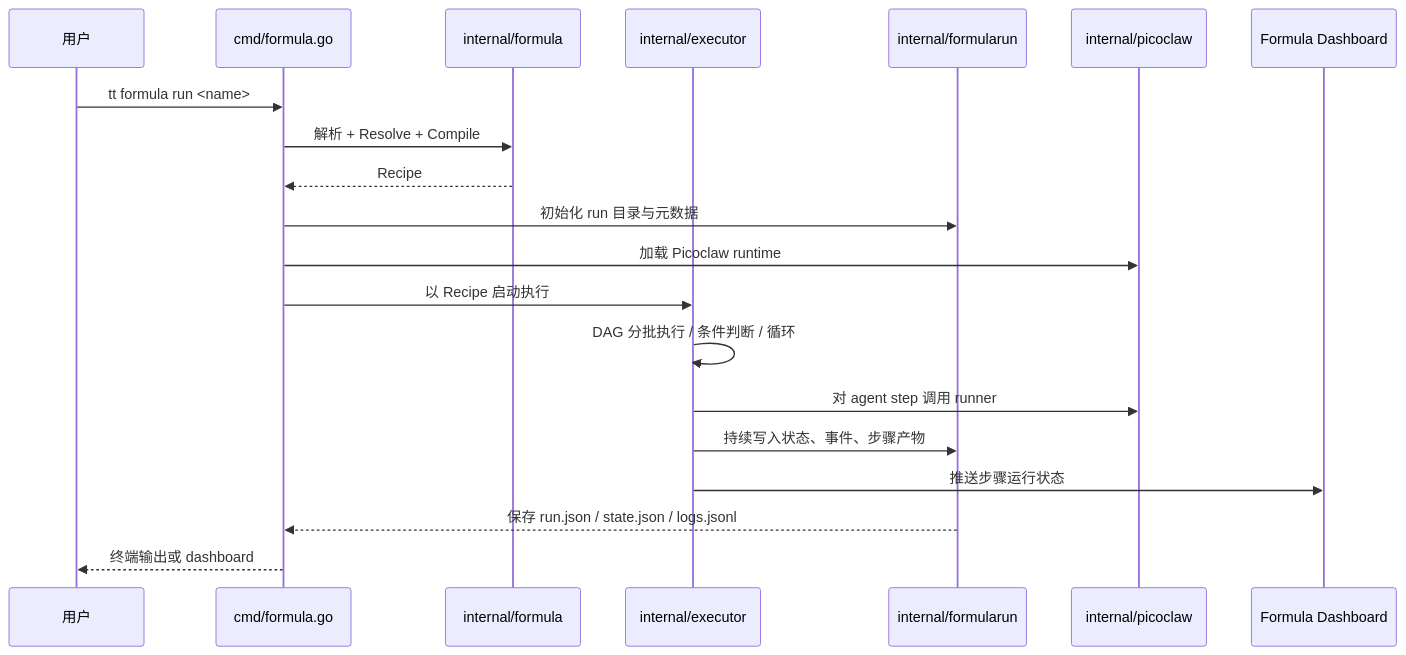
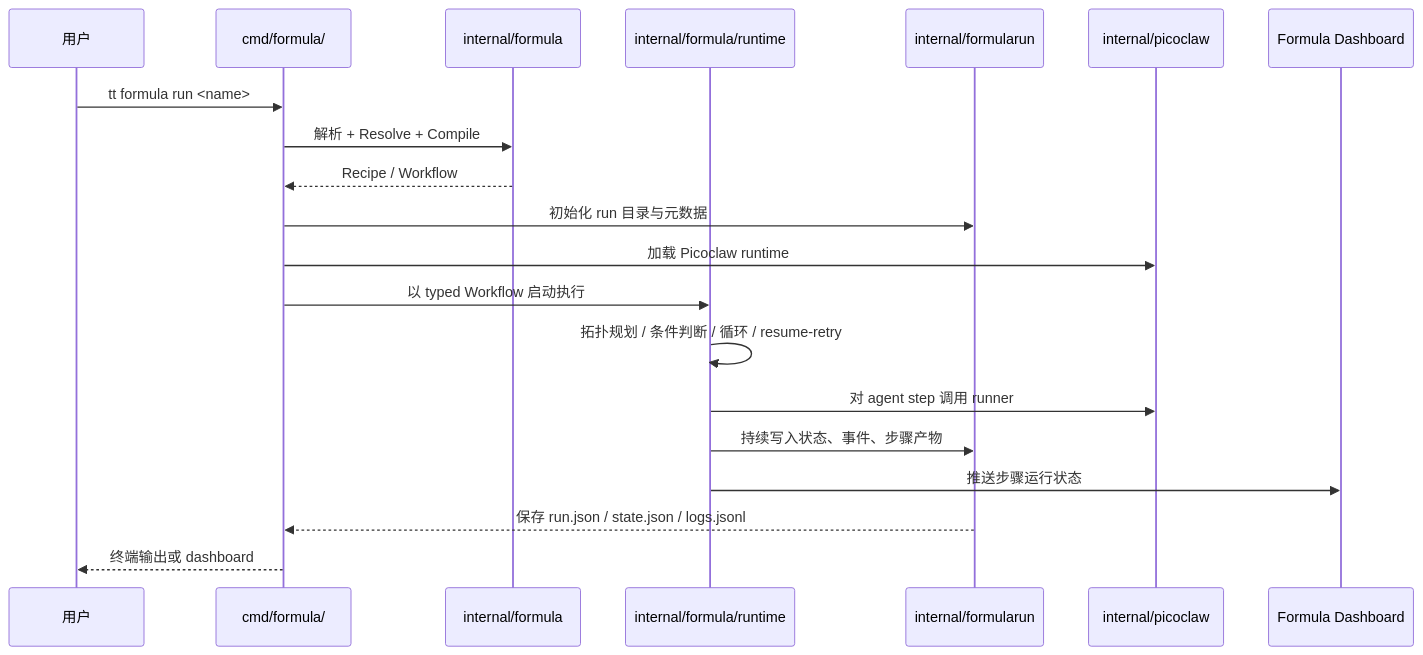
The fourth of 7 diagrams in ai-docs/architecture.md (sjzsdu/tt), drawn with Mermaid before and after one commit. The commit also changed other lines of this file and 5 other files, not shown here.

Commit message:
docs(formula): update typed runtime architecture

````diff
--- a/ai-docs/architecture.md
+++ b/ai-docs/architecture.md
@@ -92,23 +92,23 @@
 ```mermaid
 sequenceDiagram
     participant User as 用户
-    participant Cmd as cmd/formula.go
+    participant Cmd as cmd/formula/
     participant Parser as internal/formula
-    participant Exec as internal/executor
+    participant Exec as internal/formula/runtime
     participant Store as internal/formularun
     participant PC as internal/picoclaw
     participant Dash as Formula Dashboard
 
     User->>Cmd: tt formula run <name>
     Cmd->>Parser: 解析 + Resolve + Compile
-    Parser-->>Cmd: Recipe
+    Parser-->>Cmd: Recipe / Workflow
     Cmd->>Store: 初始化 run 目录与元数据
     Cmd->>PC: 加载 Picoclaw runtime
-    Cmd->>Exec: 以 Recipe 启动执行
-    Exec->>Exec: DAG 分批执行 / 条件判断 / 循环
+    Cmd->>Exec: 以 typed Workflow 启动执行
+    Exec->>Exec: 拓扑规划 / 条件判断 / 循环 / resume-retry
     Exec->>PC: 对 agent step 调用 runner
     Exec->>Store: 持续写入状态、事件、步骤产物
     Exec->>Dash: 推送步骤运行状态
     Store-->>Cmd: 保存 run.json / state.json / logs.jsonl
     Cmd-->>User: 终端输出或 dashboard
 ```
````
